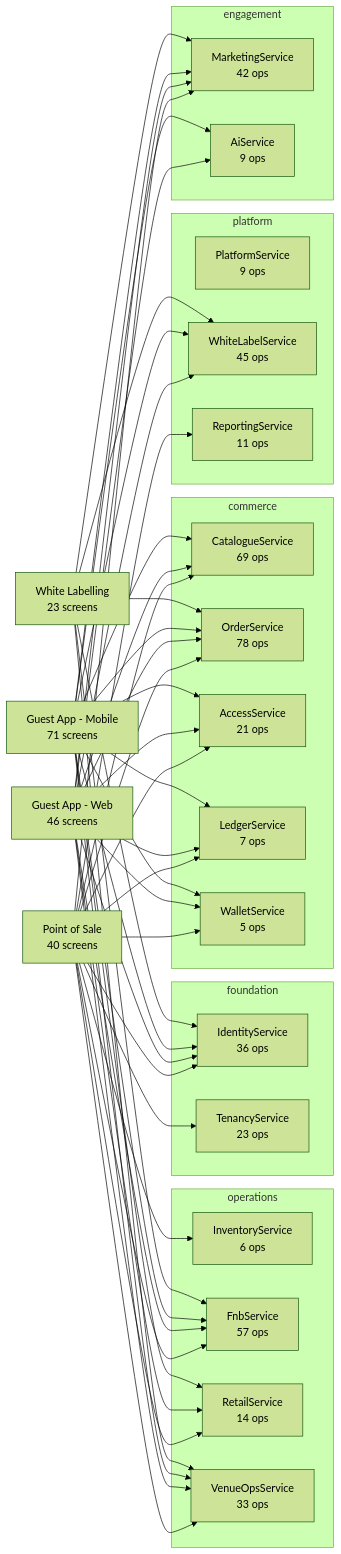
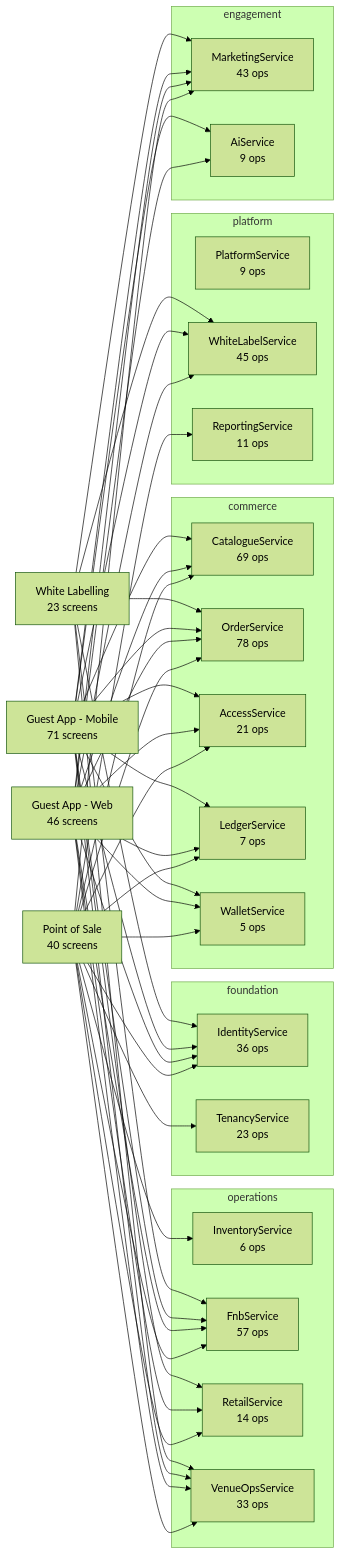
The diagram in ticvai/repos/ticvai-ai/project-bible/handoff/service-docs/README.md (Diretide298/Solution_Architecture), drawn with Mermaid (forest theme) before and after one commit. The commit also changed other lines of this file and 2118 other files, not shown here.

````diff
--- a/ticvai/repos/ticvai-ai/project-bible/handoff/service-docs/README.md
+++ b/ticvai/repos/ticvai-ai/project-bible/handoff/service-docs/README.md
@@ -9,76 +9,76 @@
 ```mermaid
 flowchart LR
   POS["Point of Sale<br/>40 screens"]
   WEB["Guest App - Web<br/>46 screens"]
   MOB["Guest App - Mobile<br/>71 screens"]
   WL["White Labelling<br/>23 screens"]
   subgraph foundation
     IdentityService["IdentityService<br/>36 ops"]
     TenancyService["TenancyService<br/>23 ops"]
   end
   subgraph commerce
     CatalogueService["CatalogueService<br/>69 ops"]
     OrderService["OrderService<br/>78 ops"]
     AccessService["AccessService<br/>21 ops"]
     LedgerService["LedgerService<br/>7 ops"]
     WalletService["WalletService<br/>5 ops"]
   end
   subgraph operations
     InventoryService["InventoryService<br/>6 ops"]
     FnbService["FnbService<br/>57 ops"]
     RetailService["RetailService<br/>14 ops"]
     VenueOpsService["VenueOpsService<br/>33 ops"]
   end
   subgraph engagement
-    MarketingService["MarketingService<br/>42 ops"]
+    MarketingService["MarketingService<br/>43 ops"]
     AiService["AiService<br/>9 ops"]
   end
   subgraph platform
     PlatformService["PlatformService<br/>9 ops"]
     WhiteLabelService["WhiteLabelService<br/>45 ops"]
     ReportingService["ReportingService<br/>11 ops"]
   end
   POS --> OrderService
   WEB --> OrderService
   MOB --> OrderService
   WL --> OrderService
   POS --> CatalogueService
   WEB --> CatalogueService
   MOB --> CatalogueService
   POS --> AccessService
   WEB --> AccessService
   MOB --> AccessService
   POS --> MarketingService
   WEB --> MarketingService
   MOB --> MarketingService
   WL --> MarketingService
   POS --> ReportingService
   POS --> InventoryService
   POS --> IdentityService
   WEB --> IdentityService
   MOB --> IdentityService
   WL --> IdentityService
   POS --> FnbService
   WEB --> FnbService
   MOB --> FnbService
   WL --> FnbService
   WEB --> WhiteLabelService
   MOB --> WhiteLabelService
   WL --> WhiteLabelService
   POS --> VenueOpsService
   WEB --> VenueOpsService
   MOB --> VenueOpsService
   WL --> VenueOpsService
   POS --> TenancyService
   POS --> LedgerService
   WEB --> LedgerService
   MOB --> LedgerService
   WEB --> AiService
   MOB --> AiService
   POS --> RetailService
   WEB --> RetailService
   MOB --> RetailService
   POS --> WalletService
   WEB --> WalletService
   MOB --> WalletService
 ```
````
